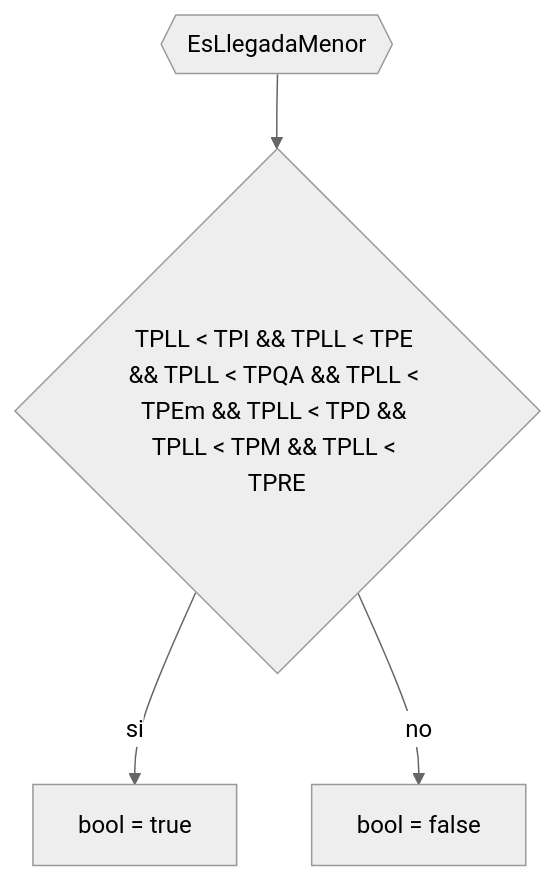
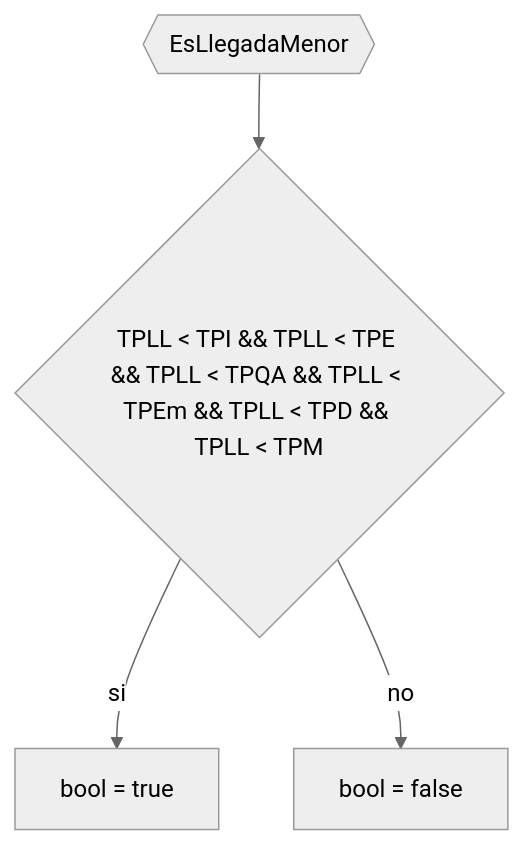
One commit to JuanManuelPrividera/TP-Simu changed the diagram in docs/Diagramas/init/EsLlegadaMenor.mermaid. Above: the diagram before and after it, drawn with Mermaid (neutral theme). The commit also changed 32 other files, not shown here.

```diff
--- a/docs/Diagramas/init/EsLlegadaMenor.mermaid
+++ b/docs/Diagramas/init/EsLlegadaMenor.mermaid
@@ -1,6 +1,6 @@
 flowchart TD
-    aa{{EsLlegadaMenor}} --> if0{"TPLL < TPI && TPLL < TPE && TPLL < TPQA && TPLL < TPEm && TPLL < TPD && TPLL < TPM && TPLL < TPRE"}
+    aa{{EsLlegadaMenor}} --> if0{"TPLL < TPI && TPLL < TPE && TPLL < TPQA && TPLL < TPEm && TPLL < TPD && TPLL < TPM"}
     if0 --> |si| a[bool = true]
     if0 --> |no| a1[bool = false]
 
 %% TODOS los menor EsMenorTPx es lo mismo  
```
